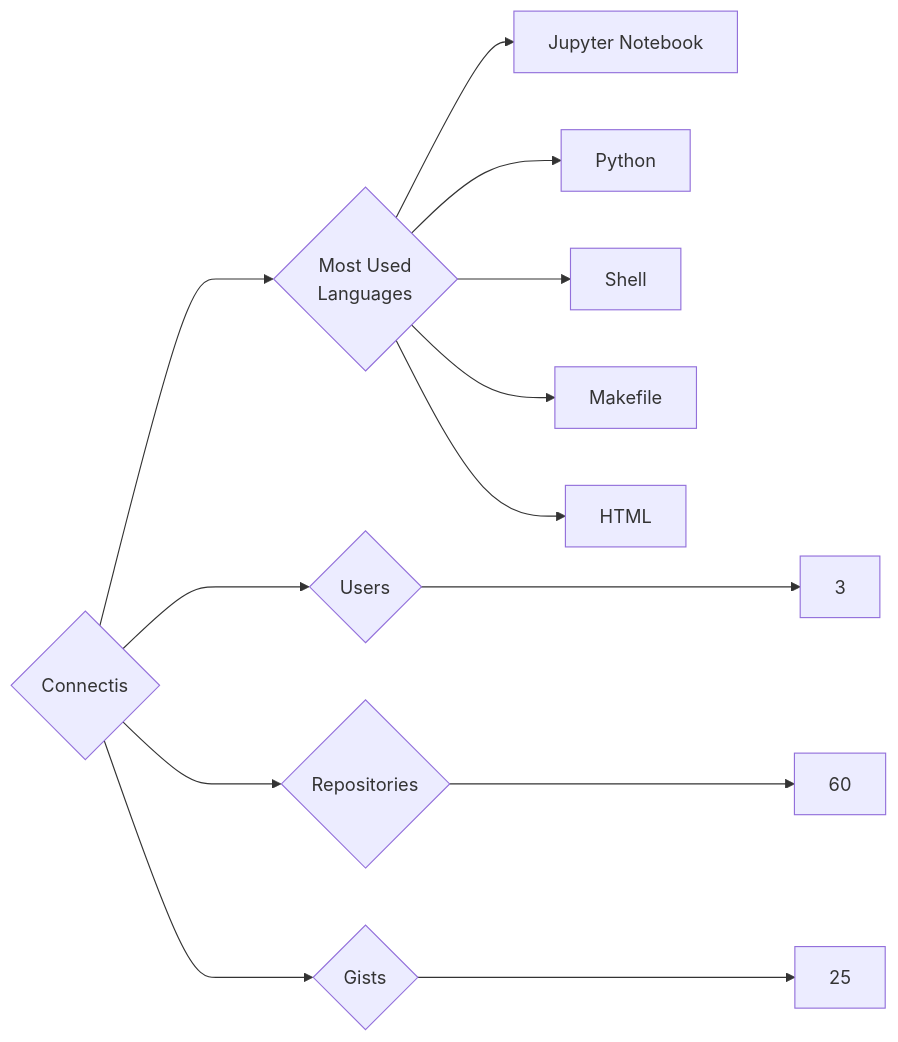
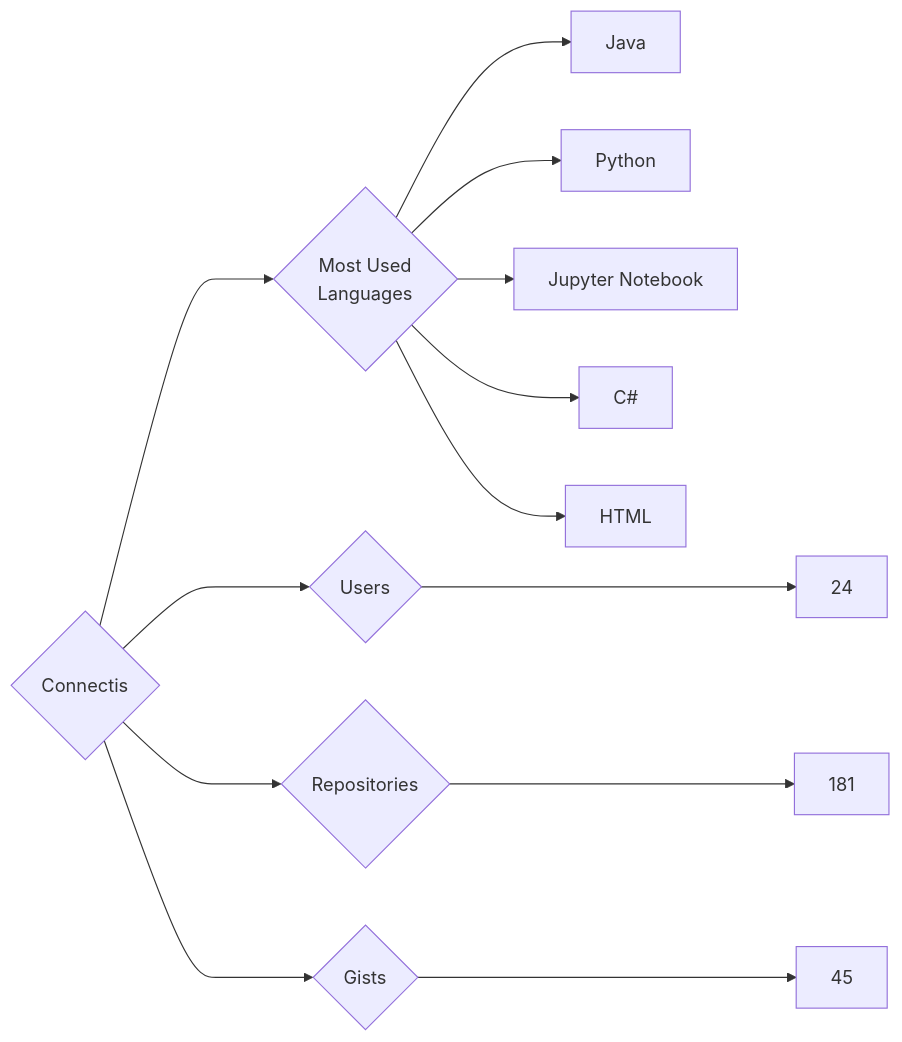
Before and after one commit to trickest/insiders: the diagram in targets/Connectis/README.md, drawn with Mermaid. The commit also changed 823 other files, not shown here.

````diff
--- a/targets/Connectis/README.md
+++ b/targets/Connectis/README.md
@@ -3,13 +3,13 @@
 ```mermaid
 graph LR
 COMPANY_NAME{Connectis}
-COMPANY_NAME ---> U{Users} ---> UN[3]
-COMPANY_NAME ---> R{Repositories} ---> RN[60]
-COMPANY_NAME ---> G{Gists} ---> GN[25]
+COMPANY_NAME ---> U{Users} ---> UN[24]
+COMPANY_NAME ---> R{Repositories} ---> RN[181]
+COMPANY_NAME ---> G{Gists} ---> GN[45]
 COMPANY_NAME ---> ML{Most Used<br>Languages}
+ML --> Java[Java]
+ML --> Python[Python]
 ML --> Jupyter_Notebook[Jupyter Notebook]
-ML --> Python[Python]
-ML --> Shell[Shell]
-ML --> Makefile[Makefile]
+ML --> C#[C#]
 ML --> HTML[HTML]
 ```
````
